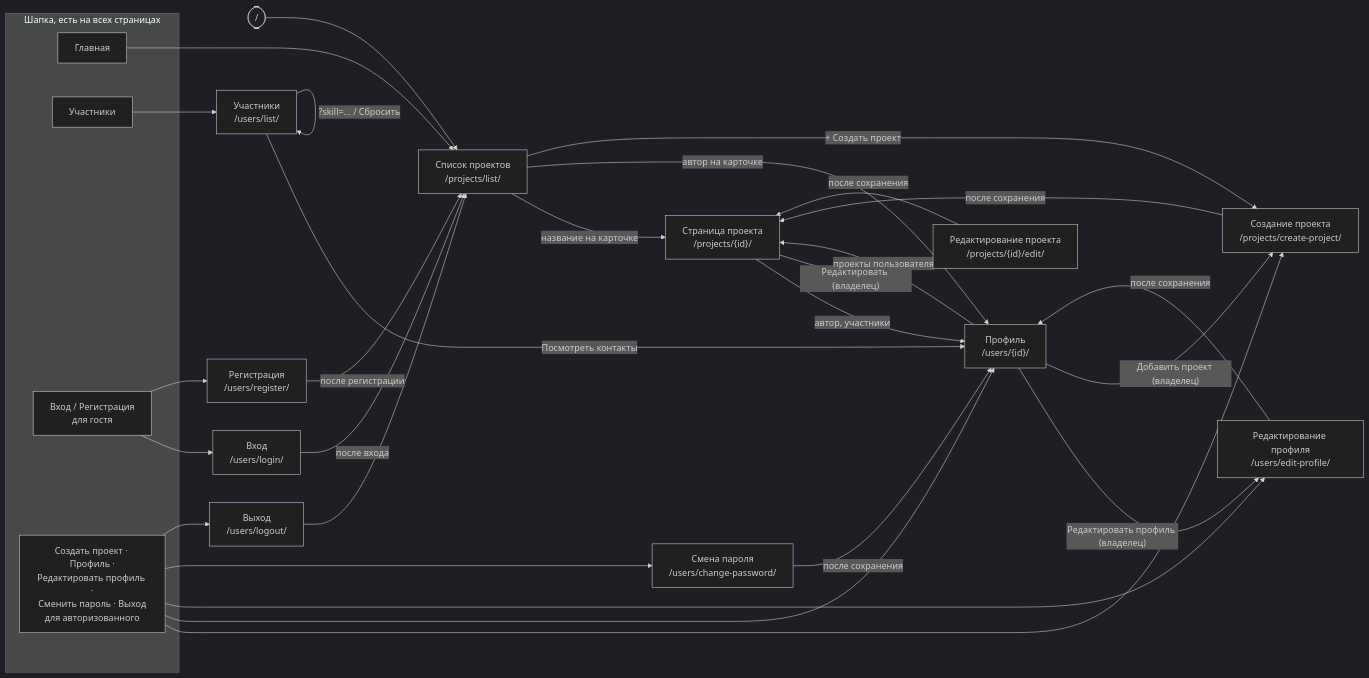
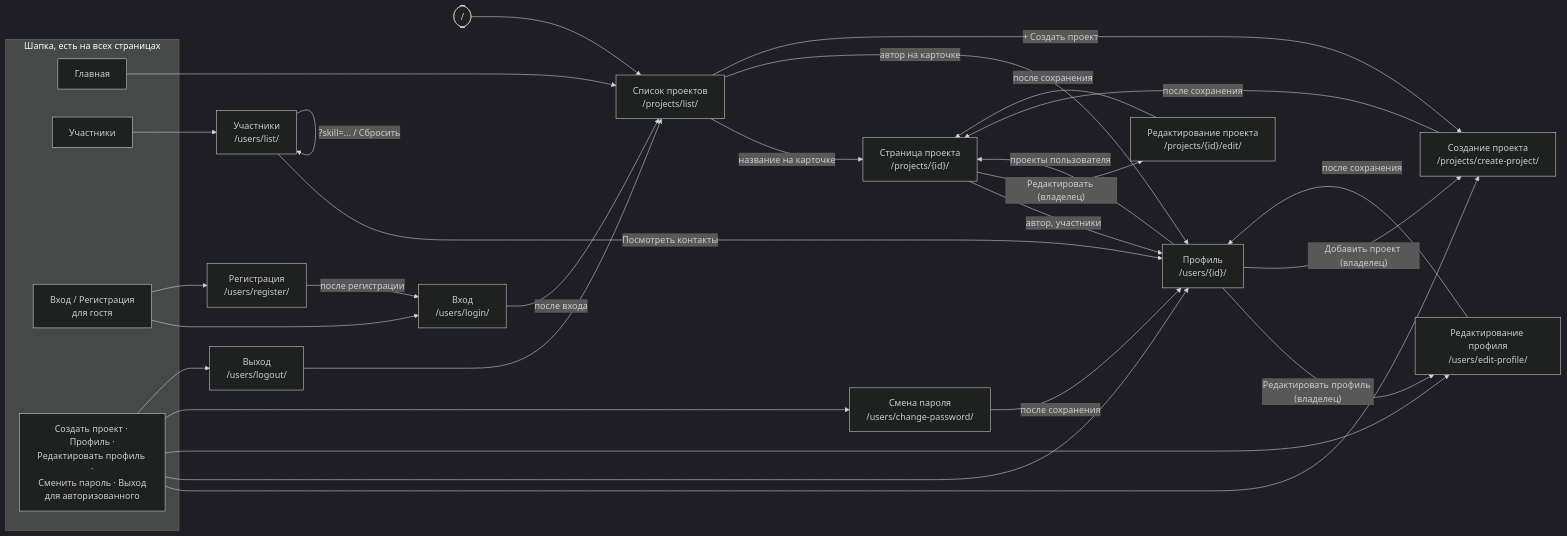
Before and after one commit to g3eraa/team-finder-ad: diagram 23 of 24 in ARCHITECTURE.md, drawn with Mermaid (dark theme). The commit also changed other lines of this file and 16 other files, not shown here.

````diff
--- a/ARCHITECTURE.md
+++ b/ARCHITECTURE.md
@@ -823,47 +822,47 @@
 ```mermaid
 flowchart LR
     ROOT(["/"]) --> PL
 
     subgraph HEADER["Шапка, есть на всех страницах"]
         H1["Главная"]
         H2["Участники"]
         H3["Вход / Регистрация<br/>для гостя"]
         H4["Создать проект · Профиль ·<br/>Редактировать профиль ·<br/>Сменить пароль · Выход<br/>для авторизованного"]
     end
 
     PL["Список проектов<br/>/projects/list/"]
     PD["Страница проекта<br/>/projects/{id}/"]
     PC["Создание проекта<br/>/projects/create-project/"]
     PE["Редактирование проекта<br/>/projects/{id}/edit/"]
     UL["Участники<br/>/users/list/"]
     UD["Профиль<br/>/users/{id}/"]
     UE["Редактирование профиля<br/>/users/edit-profile/"]
     UC["Смена пароля<br/>/users/change-password/"]
     LI["Вход<br/>/users/login/"]
     RG["Регистрация<br/>/users/register/"]
     LO["Выход<br/>/users/logout/"]
 
     H1 --> PL
     H2 --> UL
     H3 --> LI & RG
     H4 --> PC & UD & UE & UC & LO
 
     PL -- "название на карточке" --> PD
     PL -- "автор на карточке" --> UD
     PL -- "+ Создать проект" --> PC
     PD -- "автор, участники" --> UD
     PD -- "Редактировать (владелец)" --> PE
     UD -- "проекты пользователя" --> PD
     UD -- "Редактировать профиль (владелец)" --> UE
     UD -- "Добавить проект (владелец)" --> PC
     UL -- "Посмотреть контакты" --> UD
     UL -- "?skill=... / Сбросить" --> UL
 
-    RG -- "после регистрации" --> PL
+    RG -- "после регистрации" --> LI
     LI -- "после входа" --> PL
     LO --> PL
     PC -- "после сохранения" --> PD
     PE -- "после сохранения" --> PD
     UE -- "после сохранения" --> UD
     UC -- "после сохранения" --> UD
 ```
````
